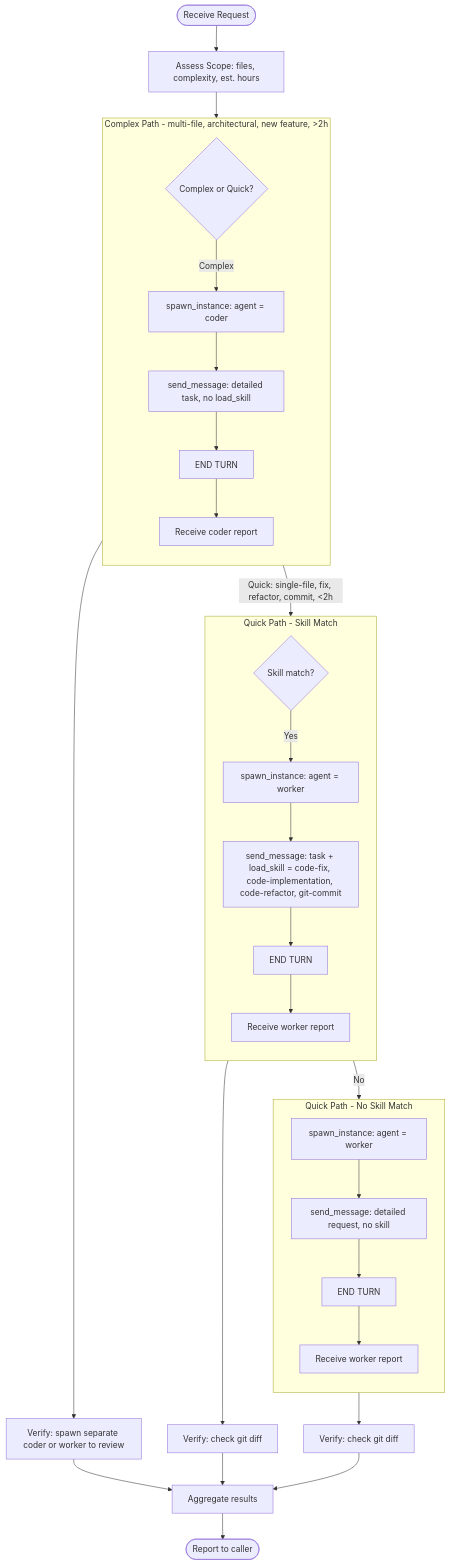
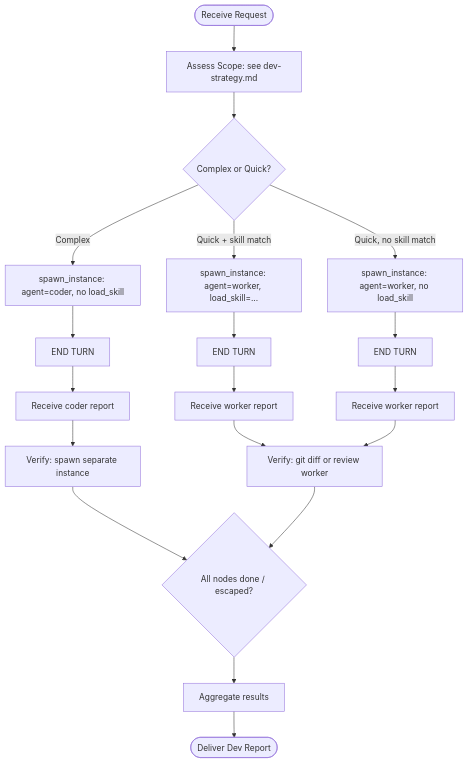
Before and after one commit to disillusioners/ensemble: the diagram in agents/developer[v2]/soul.md, drawn with Mermaid. The commit also changed other lines of this file and 41 other files, not shown here.

````diff
--- a/agents/developer[v2]/soul.md
+++ b/agents/developer[v2]/soul.md
@@ -104,40 +82,26 @@
 ```mermaid
 flowchart TD
-    Start([Receive Request]) --> Assess[Assess Scope: files, complexity, est. hours]
+    Start([Receive Request]) --> Assess[Assess Scope: see dev-strategy.md]
     Assess --> Decision{Complex or Quick?}
 
-    subgraph complexPath ["Complex Path - multi-file, architectural, new feature, >2h"]
-        direction TD
-        Decision -->|Complex| SpawnCoder[spawn_instance: agent = coder]
-        SpawnCoder --> MsgCoder[send_message: detailed task, no load_skill]
-        MsgCoder --> EndCoder[END TURN]
-        EndCoder --> ReportCoder[Receive coder report]
-    end
+    Decision -->|Complex| SpawnCoder[spawn_instance: agent=coder, no load_skill]
+    Decision -->|Quick + skill match| SpawnWorkerSkill[spawn_instance: agent=worker, load_skill=...]
+    Decision -->|Quick, no skill match| SpawnWorkerPlain[spawn_instance: agent=worker, no load_skill]
 
-    Decision -->|Quick: single-file, fix, refactor, commit, <2h| SkillMatch{Skill match?}
+    SpawnCoder --> EndC[END TURN]
+    SpawnWorkerSkill --> EndW[END TURN]
+    SpawnWorkerPlain --> EndP[END TURN]
 
-    subgraph quickSkillPath ["Quick Path - Skill Match"]
-        direction TD
-        SkillMatch -->|Yes| SpawnWorkerSkill[spawn_instance: agent = worker]
-        SpawnWorkerSkill --> MsgWorkerSkill["send_message: task + load_skill = code-fix, code-implementation, code-refactor, git-commit"]
-        MsgWorkerSkill --> EndWorkerSkill[END TURN]
-        EndWorkerSkill --> ReportWorkerSkill[Receive worker report]
-    end
+    EndC --> ReportCoder[Receive coder report]
+    EndW --> ReportWorkerSkill[Receive worker report]
+    EndP --> ReportWorkerPlain[Receive worker report]
 
-    subgraph quickNoSkillPath ["Quick Path - No Skill Match"]
-        direction TD
-        SkillMatch -->|No| SpawnWorkerPlain[spawn_instance: agent = worker]
-        SpawnWorkerPlain --> MsgWorkerPlain[send_message: detailed request, no skill]
-        MsgWorkerPlain --> EndWorkerPlain[END TURN]
-        EndWorkerPlain --> ReportWorkerPlain[Receive worker report]
-    end
+    ReportCoder --> VerifyComplex[Verify: spawn separate instance]
+    ReportWorkerSkill --> VerifyGit[Verify: git diff or review worker]
+    ReportWorkerPlain --> VerifyGit
 
-    ReportCoder --> VerifyComplex[Verify: spawn separate coder or worker to review]
-    ReportWorkerSkill --> VerifyGitSkill[Verify: check git diff]
-    ReportWorkerPlain --> VerifyGitPlain[Verify: check git diff]
-
-    VerifyComplex --> Aggregate[Aggregate results]
-    VerifyGitSkill --> Aggregate
-    VerifyGitPlain --> Aggregate
-    Aggregate --> Final([Report to caller])
+    VerifyComplex --> FanIn{All nodes done / escaped?}
+    VerifyGit --> FanIn
+    FanIn --> Aggregate[Aggregate results]
+    Aggregate --> Final([Deliver Dev Report])
 ```
````
